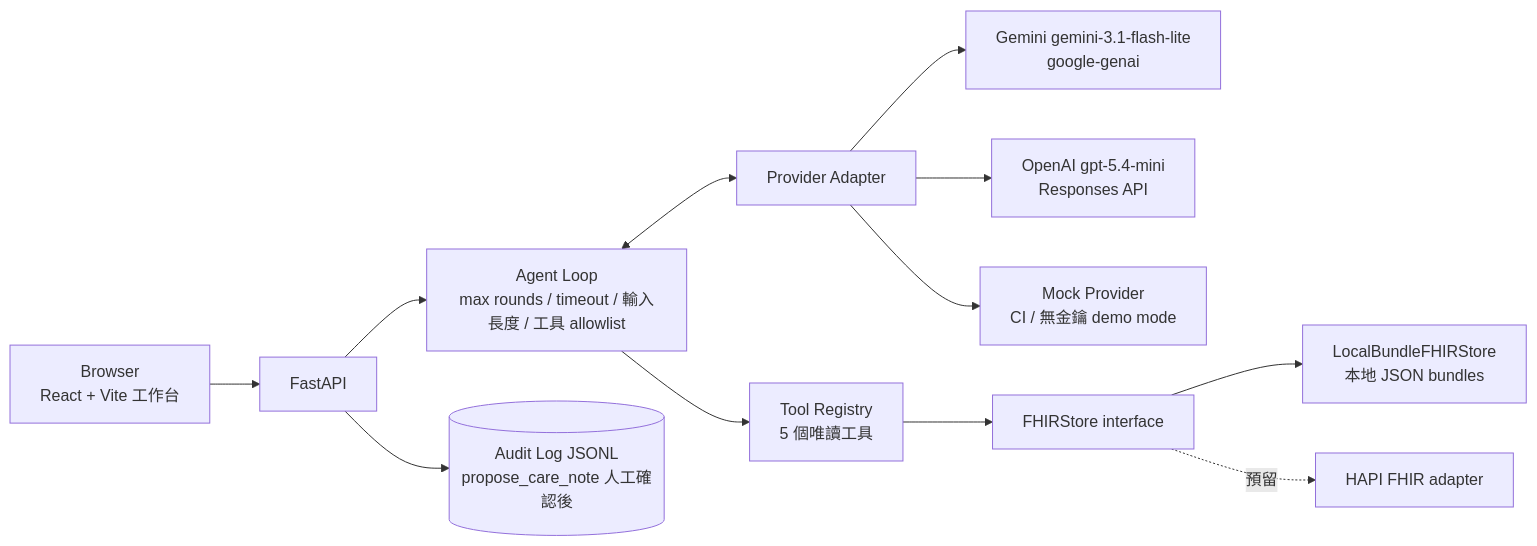
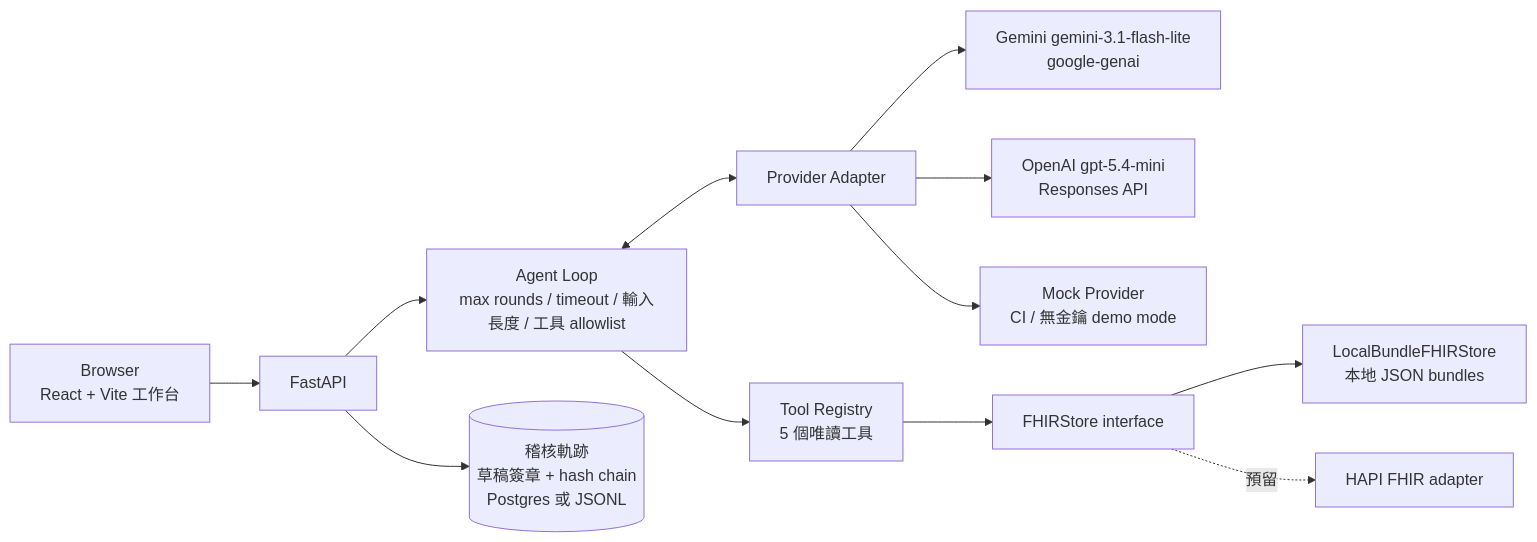
One commit to kuotunyu/fhir-care-copilot changed the diagram in README.md. Above: the diagram before and after it, drawn with Mermaid. The commit also changed other lines of this file and 2 other files, not shown here.

````diff
--- a/README.md
+++ b/README.md
@@ -40,14 +41,14 @@
 ```mermaid
 flowchart LR
     U[Browser<br/>React + Vite 工作台] --> API[FastAPI]
     API --> AL[Agent Loop<br/>max rounds / timeout / 輸入長度 / 工具 allowlist]
     AL <--> P[Provider Adapter]
     P --> G[Gemini gemini-3.1-flash-lite<br/>google-genai]
     P --> O[OpenAI gpt-5.4-mini<br/>Responses API]
     P --> M[Mock Provider<br/>CI / 無金鑰 demo mode]
     AL --> TR[Tool Registry<br/>5 個唯讀工具]
     TR --> FS[FHIRStore interface]
     FS --> LB[LocalBundleFHIRStore<br/>本地 JSON bundles]
     FS -.預留.-> HAPI[HAPI FHIR adapter]
-    API --> AUD[(Audit Log JSONL<br/>propose_care_note 人工確認後)]
+    API --> AUD[(稽核軌跡<br/>草稿簽章 + hash chain<br/>Postgres 或 JSONL)]
 ```
````
